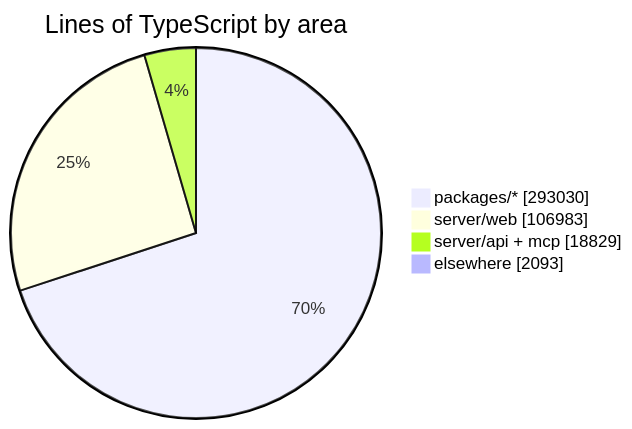
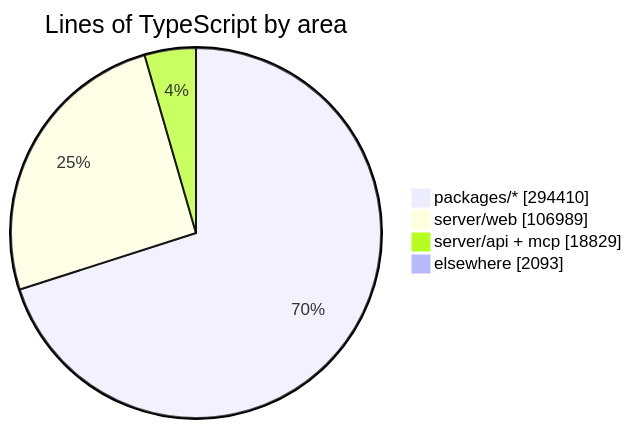
Before and after one commit to crossworks-engineering/mantle: the diagram in README.md, drawn with Mermaid. The commit also changed other lines of this file and 2 other files, not shown here.

````diff
--- a/README.md
+++ b/README.md
@@ -294,7 +294,7 @@
 ```mermaid
 pie showData title Lines of TypeScript by area
-    "packages/*" : 293030
-    "server/web" : 106983
+    "packages/*" : 294410
+    "server/web" : 106989
     "server/api + mcp" : 18829
     "elsewhere" : 2093
 ```
````
